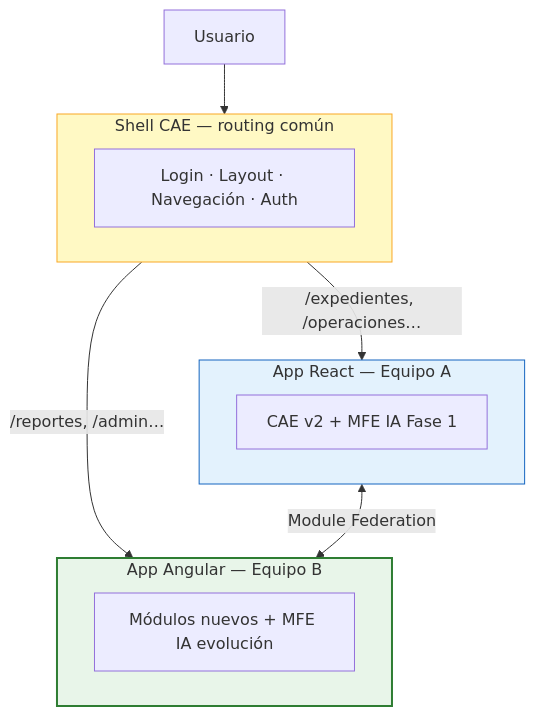
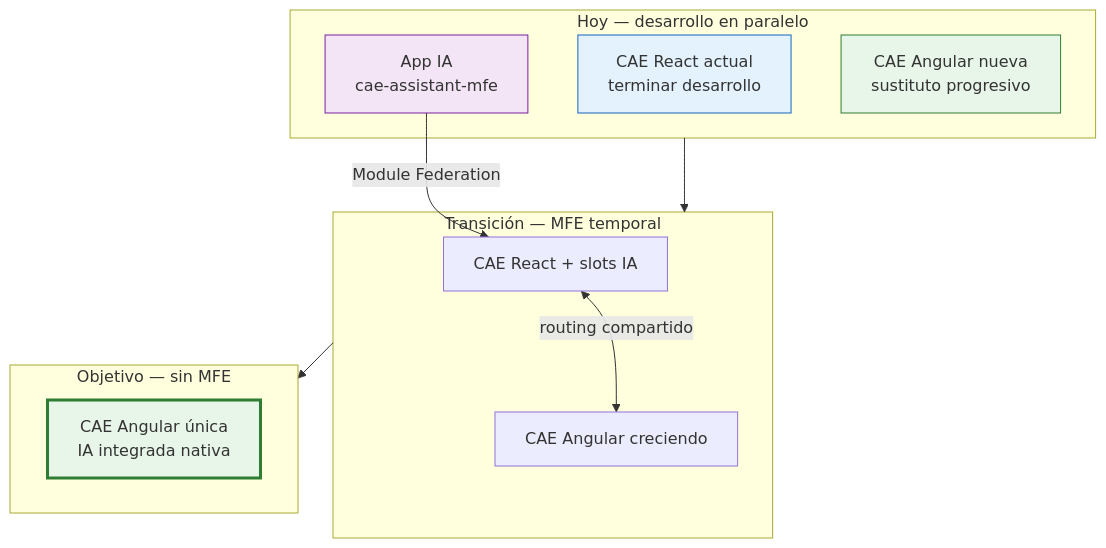
The first of 5 diagrams in caedocs/ESTRATEGIA-MIGRACION-FRONTEND-CAE.md (angelnietos/erp), drawn with Mermaid before and after one commit. The commit also changed other lines of this file and 7 other files, not shown here.

````diff
--- a/caedocs/ESTRATEGIA-MIGRACION-FRONTEND-CAE.md
+++ b/caedocs/ESTRATEGIA-MIGRACION-FRONTEND-CAE.md
@@ -78,25 +81,26 @@
 ```mermaid
 flowchart TB
-    USER["Usuario"]
-
-    subgraph SHELL["Shell CAE — routing común"]
-        ROUTER["Login · Layout · Navegación · Auth"]
+    subgraph HOY["Hoy — desarrollo en paralelo"]
+        R["CAE React actual<br/>terminar desarrollo"]
+        IA["App IA<br/>cae-assistant-mfe"]
+        ANG["CAE Angular nueva<br/>sustituto progresivo"]
     end
 
-    subgraph REACT["App React — Equipo A"]
-        R_MOD["CAE v2 + MFE IA Fase 1"]
+    subgraph TRANS["Transición — MFE temporal"]
+        R2["CAE React + slots IA"]
+        ANG2["CAE Angular creciendo"]
+        IA -->|Module Federation| R2
+        R2 <-->|routing compartido| ANG2
     end
 
-    subgraph ANG["App Angular — Equipo B"]
-        A_MOD["Módulos nuevos + MFE IA evolución"]
+    subgraph META["Objetivo — sin MFE"]
+        FINAL["CAE Angular única<br/>IA integrada nativa"]
     end
 
-    USER --> SHELL
-    SHELL -->|"/expedientes, /operaciones…"| REACT
-    SHELL -->|"/reportes, /admin…"| ANG
-    REACT <-->|Module Federation| ANG
+    HOY --> TRANS --> META
 
-    style SHELL fill:#fff9c4,stroke:#f9a825
-    style REACT fill:#e3f2fd,stroke:#1565c0
-    style ANG fill:#e8f5e9,stroke:#2e7d32,stroke-width:2px
+    style R fill:#e3f2fd,stroke:#1565c0
+    style IA fill:#f3e5f5,stroke:#7b1fa2
+    style ANG fill:#e8f5e9,stroke:#2e7d32
+    style FINAL fill:#e8f5e9,stroke:#2e7d32,stroke-width:3px
 ```
````
